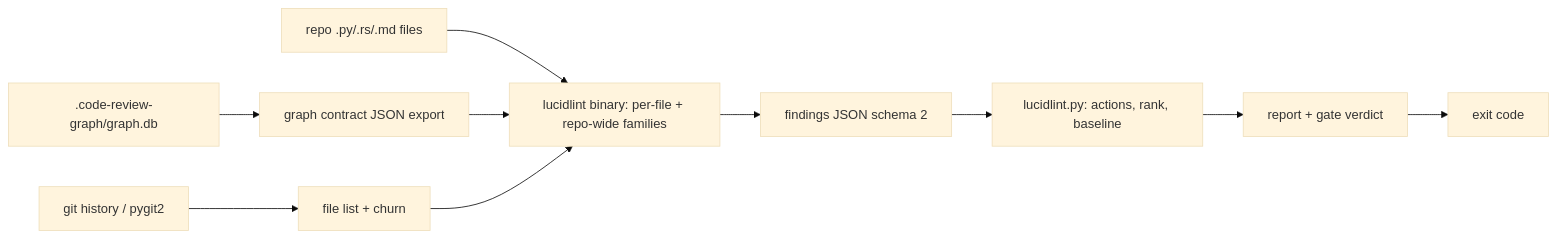
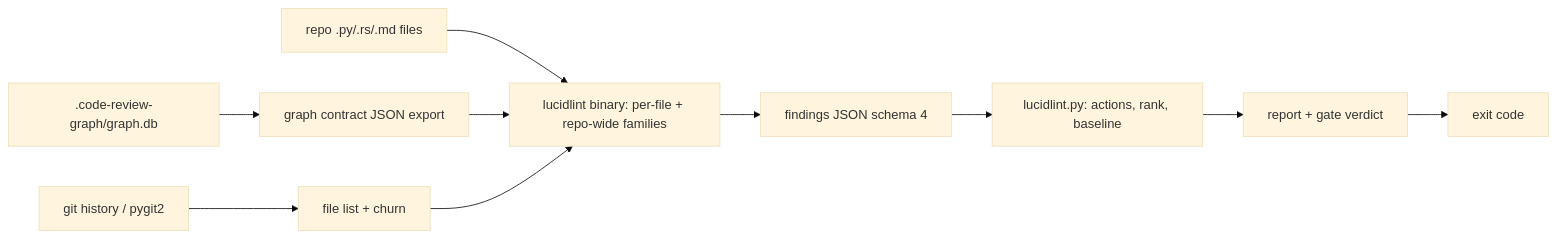
Before and after one commit to ashbywinch/lucidlint: the diagram in docs/TECHSPEC.md, drawn with Mermaid (base theme). The commit also changed other lines of this file and 42 other files, not shown here.

````diff
--- a/docs/TECHSPEC.md
+++ b/docs/TECHSPEC.md
@@ -60,12 +60,12 @@
 ```mermaid
 flowchart LR
     A[repo .py/.rs/.md files] --> B[lucidlint binary: per-file + repo-wide families]
     C[.code-review-graph/graph.db] --> D[graph contract JSON export]
     D --> B
     E[git history / pygit2] --> F[file list + churn]
     F --> B
-    B --> G[findings JSON schema 2]
+    B --> G[findings JSON schema 4]
     G --> H[lucidlint.py: actions, rank, baseline]
     H --> I[report + gate verdict]
     I --> J[exit code]
 ```
````
